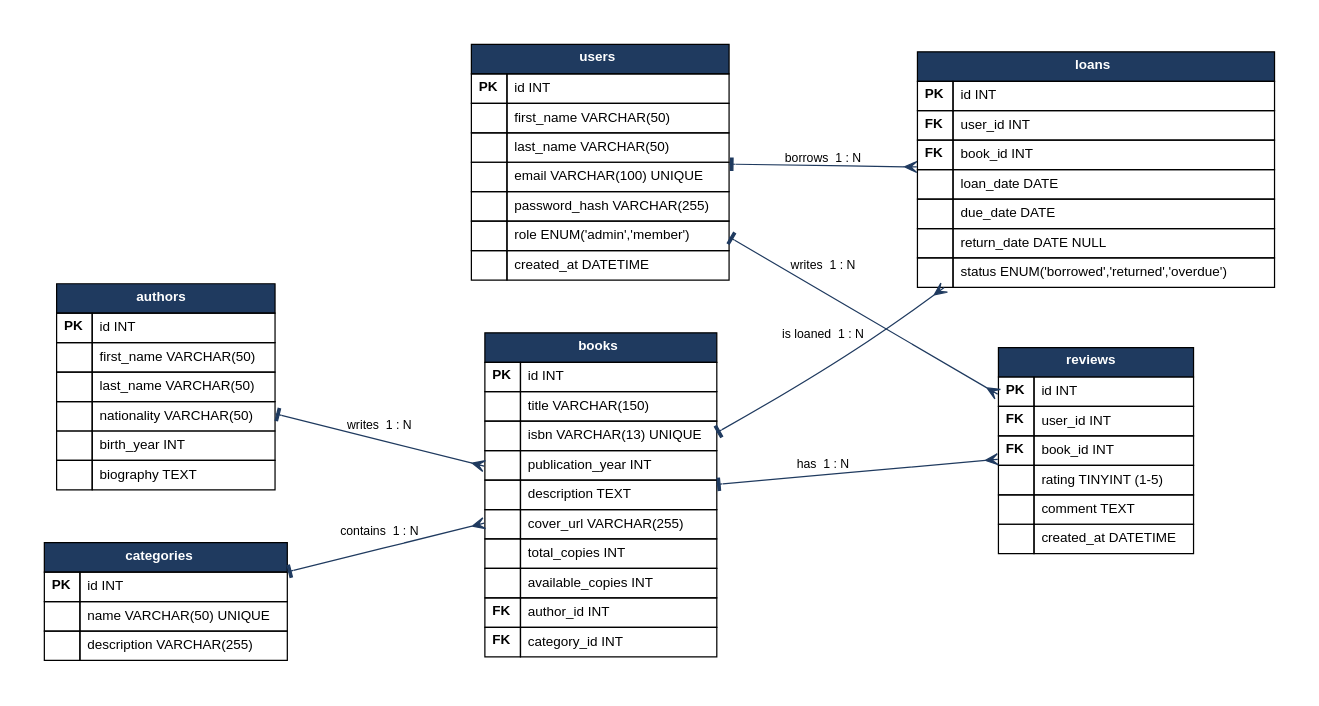
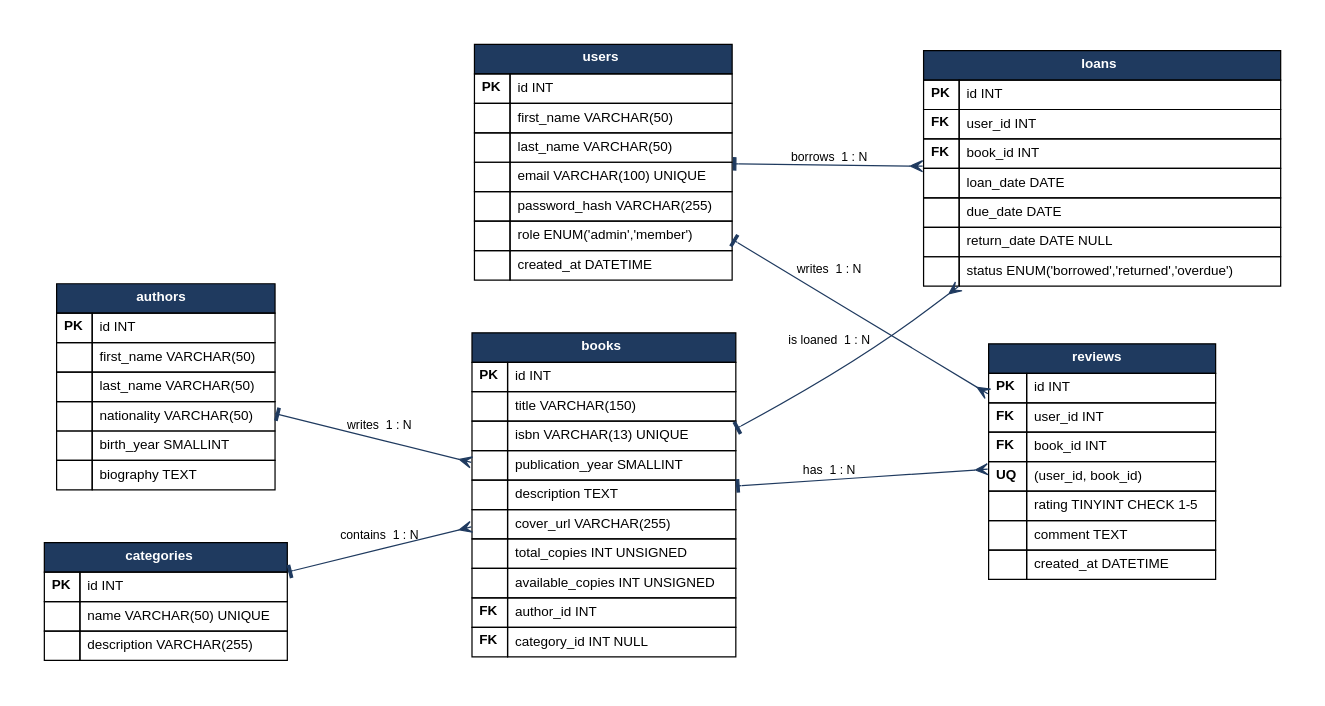
The diagram in docs/erd.dot (adidzumhur/library-app), drawn with Graphviz before and after one commit. The commit also changed 15 other files, not shown here.

Commit message:
Milestone 2: database schema, sample data and DAO layer

```diff
--- a/docs/erd.dot
+++ b/docs/erd.dot
@@ -1,81 +1,82 @@
 digraph ERD {
   graph [rankdir=LR, fontname="Helvetica", bgcolor="white", pad=0.4, nodesep=0.6, ranksep=1.1];
   node  [shape=plain, fontname="Helvetica", fontsize=11];
   edge  [fontname="Helvetica", fontsize=10, color="#1f3a5f", arrowhead=crow, arrowtail=tee, dir=both];
 
   users [label=<
   <table border="0" cellborder="1" cellspacing="0" cellpadding="5">
     <tr><td bgcolor="#1f3a5f" colspan="2"><font color="white"><b>users</b></font></td></tr>
     <tr><td align="left"><b>PK</b></td><td align="left">id INT</td></tr>
     <tr><td></td><td align="left">first_name VARCHAR(50)</td></tr>
     <tr><td></td><td align="left">last_name VARCHAR(50)</td></tr>
     <tr><td></td><td align="left">email VARCHAR(100) UNIQUE</td></tr>
     <tr><td></td><td align="left">password_hash VARCHAR(255)</td></tr>
     <tr><td></td><td align="left">role ENUM('admin','member')</td></tr>
     <tr><td></td><td align="left">created_at DATETIME</td></tr>
   </table>>];
 
   authors [label=<
   <table border="0" cellborder="1" cellspacing="0" cellpadding="5">
     <tr><td bgcolor="#1f3a5f" colspan="2"><font color="white"><b>authors</b></font></td></tr>
     <tr><td align="left"><b>PK</b></td><td align="left">id INT</td></tr>
     <tr><td></td><td align="left">first_name VARCHAR(50)</td></tr>
     <tr><td></td><td align="left">last_name VARCHAR(50)</td></tr>
     <tr><td></td><td align="left">nationality VARCHAR(50)</td></tr>
-    <tr><td></td><td align="left">birth_year INT</td></tr>
+    <tr><td></td><td align="left">birth_year SMALLINT</td></tr>
     <tr><td></td><td align="left">biography TEXT</td></tr>
   </table>>];
 
   categories [label=<
   <table border="0" cellborder="1" cellspacing="0" cellpadding="5">
     <tr><td bgcolor="#1f3a5f" colspan="2"><font color="white"><b>categories</b></font></td></tr>
     <tr><td align="left"><b>PK</b></td><td align="left">id INT</td></tr>
     <tr><td></td><td align="left">name VARCHAR(50) UNIQUE</td></tr>
     <tr><td></td><td align="left">description VARCHAR(255)</td></tr>
   </table>>];
 
   books [label=<
   <table border="0" cellborder="1" cellspacing="0" cellpadding="5">
     <tr><td bgcolor="#1f3a5f" colspan="2"><font color="white"><b>books</b></font></td></tr>
     <tr><td align="left"><b>PK</b></td><td align="left">id INT</td></tr>
     <tr><td></td><td align="left">title VARCHAR(150)</td></tr>
     <tr><td></td><td align="left">isbn VARCHAR(13) UNIQUE</td></tr>
-    <tr><td></td><td align="left">publication_year INT</td></tr>
+    <tr><td></td><td align="left">publication_year SMALLINT</td></tr>
     <tr><td></td><td align="left">description TEXT</td></tr>
     <tr><td></td><td align="left">cover_url VARCHAR(255)</td></tr>
-    <tr><td></td><td align="left">total_copies INT</td></tr>
-    <tr><td></td><td align="left">available_copies INT</td></tr>
+    <tr><td></td><td align="left">total_copies INT UNSIGNED</td></tr>
+    <tr><td></td><td align="left">available_copies INT UNSIGNED</td></tr>
     <tr><td align="left"><b>FK</b></td><td align="left">author_id INT</td></tr>
-    <tr><td align="left"><b>FK</b></td><td align="left">category_id INT</td></tr>
+    <tr><td align="left"><b>FK</b></td><td align="left">category_id INT NULL</td></tr>
   </table>>];
 
   loans [label=<
   <table border="0" cellborder="1" cellspacing="0" cellpadding="5">
     <tr><td bgcolor="#1f3a5f" colspan="2"><font color="white"><b>loans</b></font></td></tr>
     <tr><td align="left"><b>PK</b></td><td align="left">id INT</td></tr>
     <tr><td align="left"><b>FK</b></td><td align="left">user_id INT</td></tr>
     <tr><td align="left"><b>FK</b></td><td align="left">book_id INT</td></tr>
     <tr><td></td><td align="left">loan_date DATE</td></tr>
     <tr><td></td><td align="left">due_date DATE</td></tr>
     <tr><td></td><td align="left">return_date DATE NULL</td></tr>
     <tr><td></td><td align="left">status ENUM('borrowed','returned','overdue')</td></tr>
   </table>>];
 
   reviews [label=<
   <table border="0" cellborder="1" cellspacing="0" cellpadding="5">
     <tr><td bgcolor="#1f3a5f" colspan="2"><font color="white"><b>reviews</b></font></td></tr>
     <tr><td align="left"><b>PK</b></td><td align="left">id INT</td></tr>
     <tr><td align="left"><b>FK</b></td><td align="left">user_id INT</td></tr>
     <tr><td align="left"><b>FK</b></td><td align="left">book_id INT</td></tr>
-    <tr><td></td><td align="left">rating TINYINT (1-5)</td></tr>
+    <tr><td align="left"><b>UQ</b></td><td align="left">(user_id, book_id)</td></tr>
+    <tr><td></td><td align="left">rating TINYINT CHECK 1-5</td></tr>
     <tr><td></td><td align="left">comment TEXT</td></tr>
     <tr><td></td><td align="left">created_at DATETIME</td></tr>
   </table>>];
 
   authors    -> books   [label="writes  1 : N"];
   categories -> books   [label="contains  1 : N"];
   users      -> loans   [label="borrows  1 : N"];
   books      -> loans   [label="is loaned  1 : N"];
   users      -> reviews [label="writes  1 : N"];
   books      -> reviews [label="has  1 : N"];
 }
```
